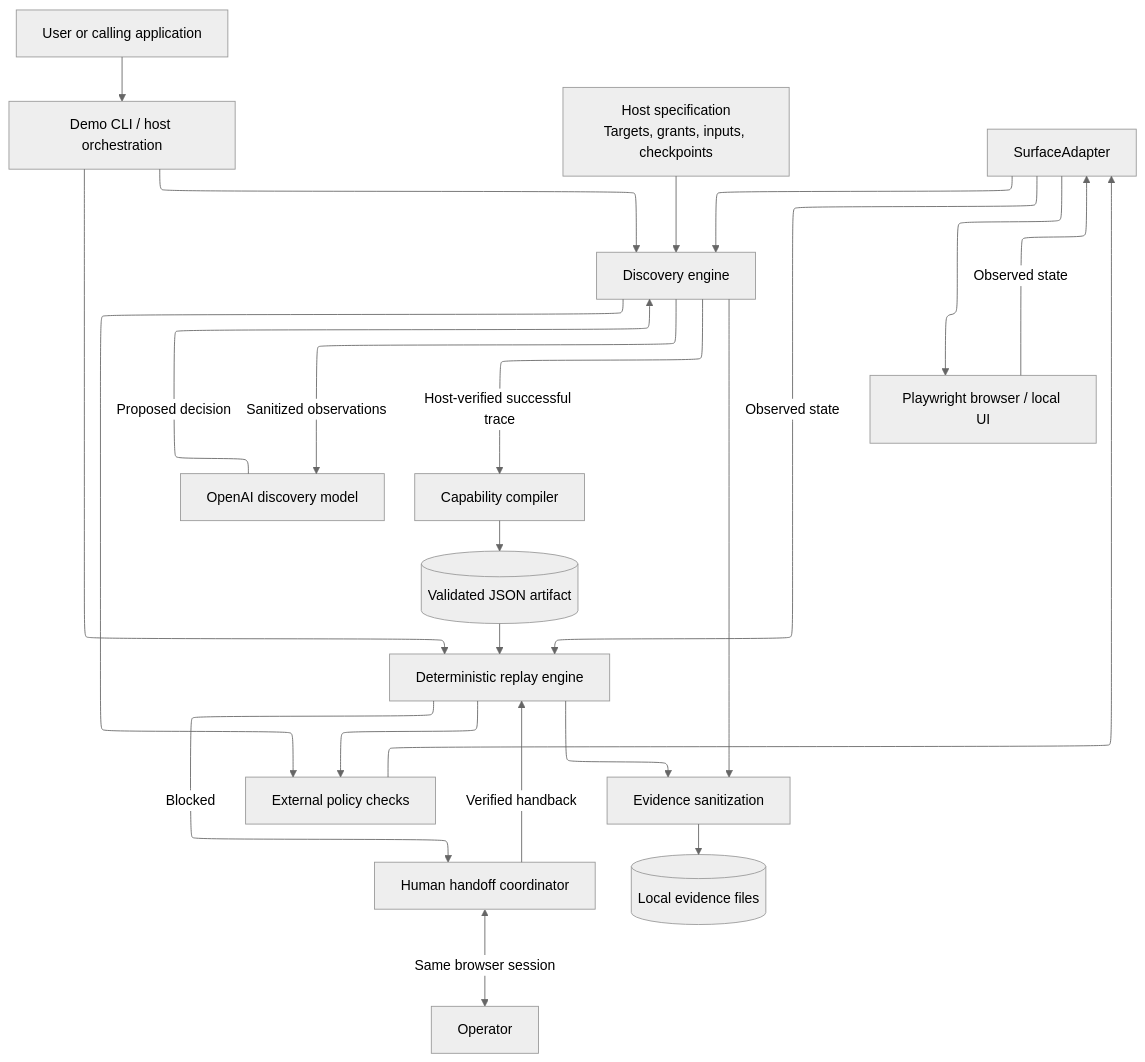
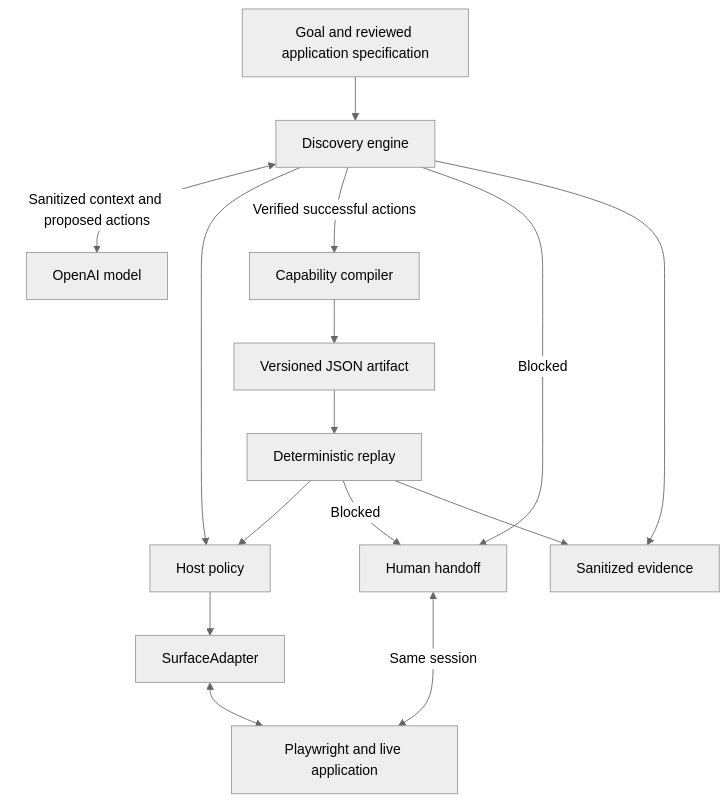
The diagram in README.md (DanHouseman/interface.ai), drawn with Mermaid (neutral theme) before and after one commit. The commit also changed other lines of this file and 60 other files, not shown here.

````diff
--- a/README.md
+++ b/README.md
@@ -71,33 +216,17 @@
 ```mermaid
----
-config:
-  layout: elk
----
 flowchart TD
-    U["User or calling application"] --> CLI["Demo CLI / host orchestration"]
-    CLI --> D["Discovery engine"]
-    M["OpenAI discovery model"] -->|Proposed decision| D
-    D -->|Sanitized observations| M
-
-    H["Host specification<br/>Targets, grants, inputs, checkpoints"] --> D
-    D --> P["External policy checks"]
-    P --> S["SurfaceAdapter"]
-    S --> B["Playwright browser / local UI"]
-    B -->|Observed state| S
-    S --> D
-
-    D -->|Host-verified successful trace| C["Capability compiler"]
-    C --> A[("Validated JSON artifact")]
-    A --> R["Deterministic replay engine"]
-    CLI --> R
-    R --> P
-    S -->|Observed state| R
-
-    R -->|Blocked| HITL["Human handoff coordinator"]
-    HITL <-->|Same browser session| O["Operator"]
-    HITL -->|Verified handback| R
-
-    D --> E["Evidence sanitization"]
-    R --> E
-    E --> F[("Local evidence files")]
+    Goal[Goal and reviewed application specification] --> Discovery[Discovery engine]
+    Discovery <-->|Sanitized context and proposed actions| Model[OpenAI model]
+    Discovery --> Policy[Host policy]
+    Policy --> Surface[SurfaceAdapter]
+    Surface <--> Browser[Playwright and live application]
+    Discovery -->|Verified successful actions| Compiler[Capability compiler]
+    Compiler --> Artifact[Versioned JSON artifact]
+    Artifact --> Replay[Deterministic replay]
+    Replay --> Policy
+    Discovery -->|Blocked| Handoff[Human handoff]
+    Replay -->|Blocked| Handoff
+    Handoff <-->|Same session| Browser
+    Discovery --> Evidence[Sanitized evidence]
+    Replay --> Evidence
 ```
````
